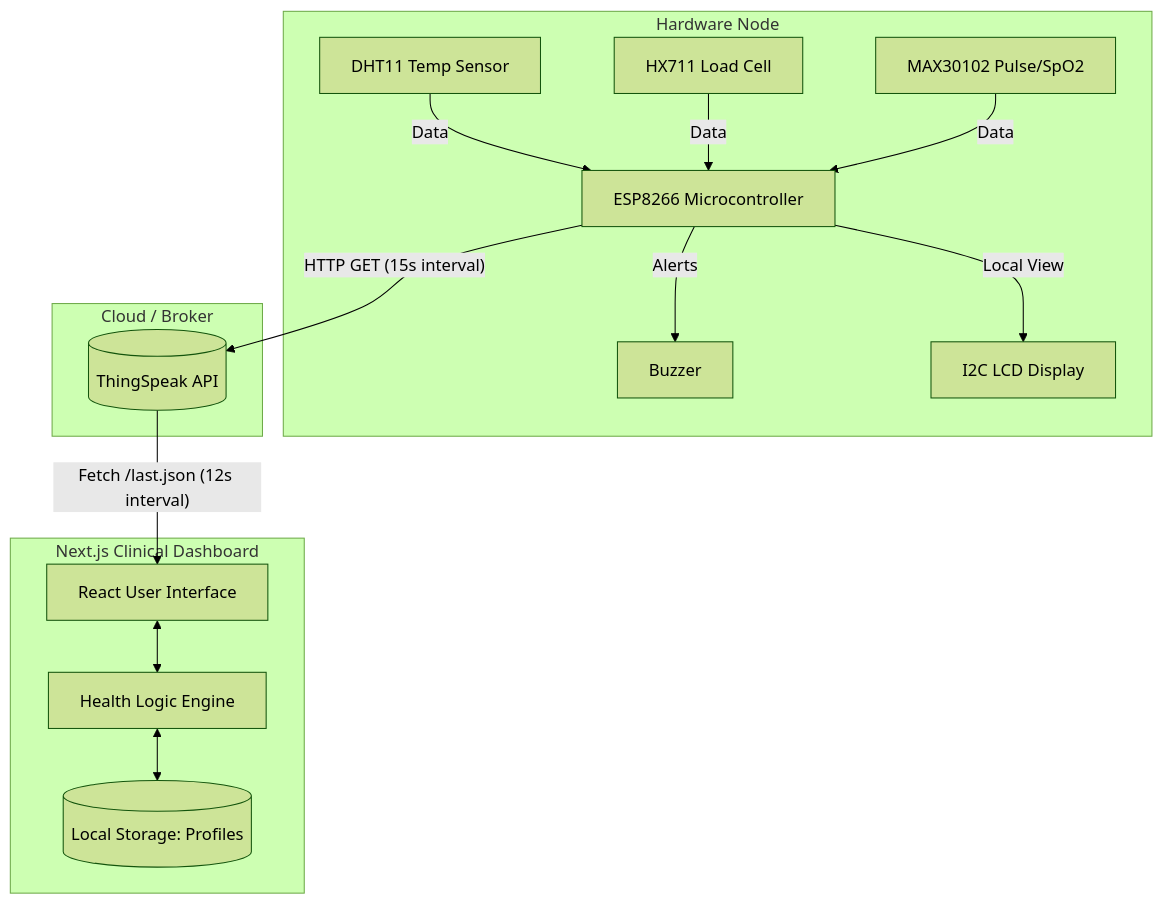
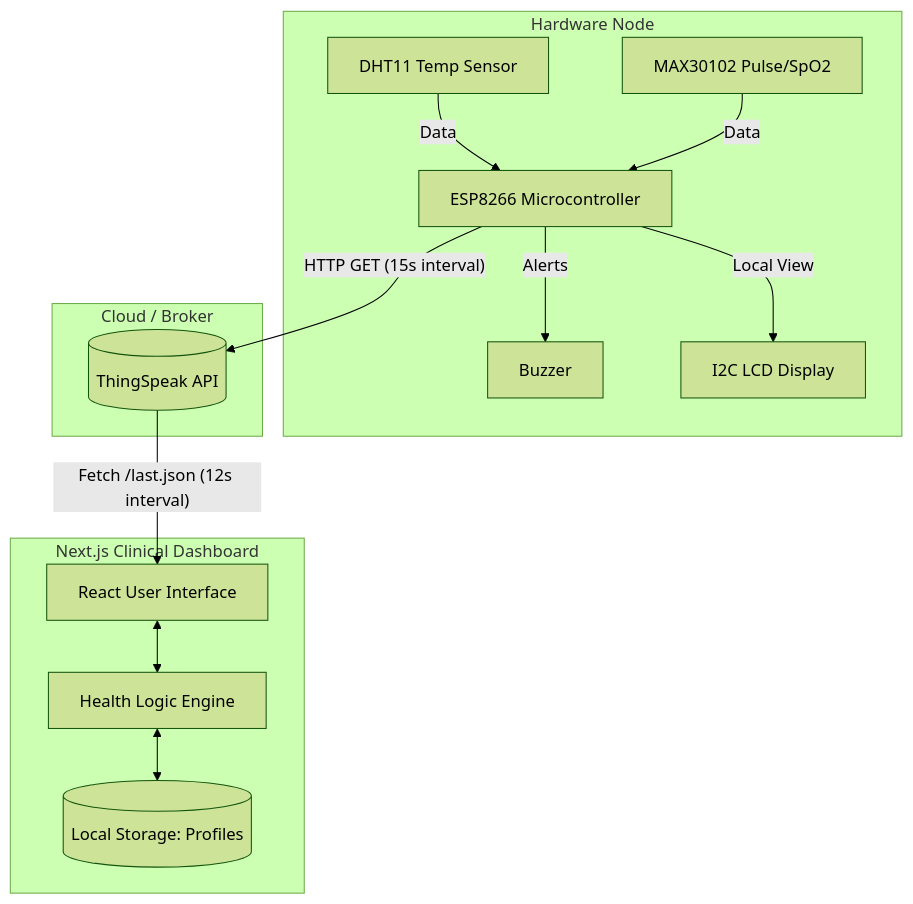
Before and after one commit to Johanl001/HealthMon: the diagram in README.md, drawn with Mermaid (forest theme). The commit also changed other lines of this file, not shown here.

````diff
--- a/README.md
+++ b/README.md
@@ -26,37 +27,35 @@
 ```mermaid
 graph TD
     %% Hardware Node
     subgraph Hardware Node
         ESP[ESP8266 Microcontroller]
         DHT[DHT11 Temp Sensor]
-        HX[HX711 Load Cell]
         MAX[MAX30102 Pulse/SpO2]
         BUZ[Buzzer]
         LCD[I2C LCD Display]
         
         DHT -- Data --> ESP
-        HX -- Data --> ESP
         MAX -- Data --> ESP
         ESP -- Alerts --> BUZ
         ESP -- Local View --> LCD
     end
 
     %% Cloud Broker
     subgraph Cloud / Broker
         TS[(ThingSpeak API)]
     end
 
     %% Frontend Node
     subgraph Next.js Clinical Dashboard
         UI[React User Interface]
         HL[Health Logic Engine]
         LS[(Local Storage: Profiles)]
         
         UI <--> HL
         HL <--> LS
     end
 
     %% Connections
     ESP -- "HTTP GET (15s interval)" --> TS
     TS -- "Fetch /last.json (12s interval)" --> UI
 ```
````
